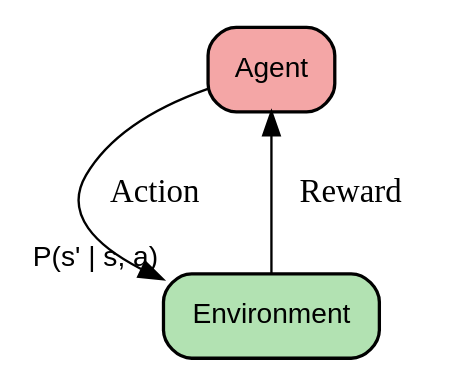
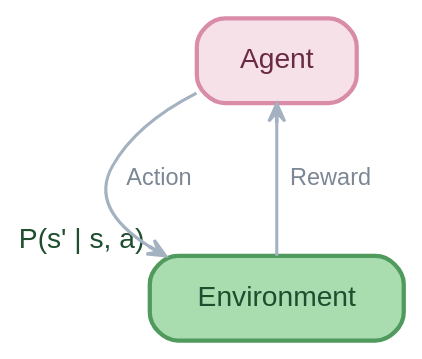
The second of 5 diagrams in .claude/templates/graphviz.template.md (causify-ai/helpers), drawn with Graphviz before and after one commit. The commit also changed other lines of this file and 4 other files, not shown here.

````diff
--- a/.claude/templates/graphviz.template.md
+++ b/.claude/templates/graphviz.template.md
@@ -100,15 +133,31 @@
 ```graphviz
 digraph AgentEnv {
-    splines=true;
+    bgcolor="transparent";
+    pad="0.15";
+    splines=spline;
     nodesep=1.0;
     ranksep=0.75;
 
-    node [shape=box, style="rounded,filled", fontname="Helvetica", fontsize=12, penwidth=1.4];
+    node [shape=box,
+          style="rounded,filled",
+          penwidth=1.8,
+          fontname="Helvetica",
+          fontsize=12,
+          margin="0.22,0.14",
+          height=0.50];
 
-    Agent [label="Agent", fillcolor="#F4A6A6"];
-    Env   [label="Environment", fillcolor="#B2E2B2", xlabel="P(s' | s, a)"];
+    edge [color="#A3B1C0",
+          penwidth=1.3,
+          arrowhead=vee,
+          arrowsize=0.75,
+          fontname="Helvetica",
+          fontsize=10,
+          fontcolor="#7B8794"];
+
+    Agent [label="Agent", fillcolor="#F6E1E8", color="#D98CA8", fontcolor="#6B2A44"];
+    Env   [label="Environment", fillcolor="#A9DDB0", color="#4F9A5C", fontcolor="#1F4E2E", xlabel="P(s' | s, a)"];
 
     Agent -> Env [label="  Action"];
     Env -> Agent [label="  Reward"];
 }
 ```
````
